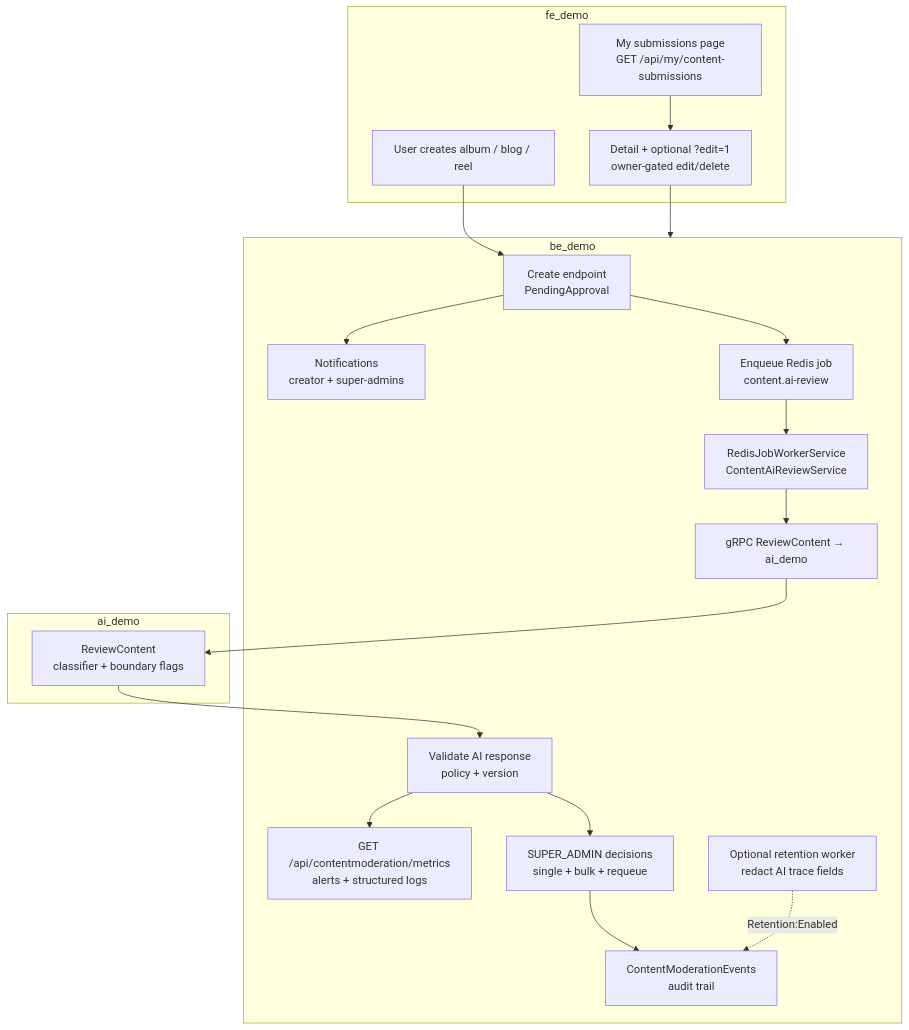
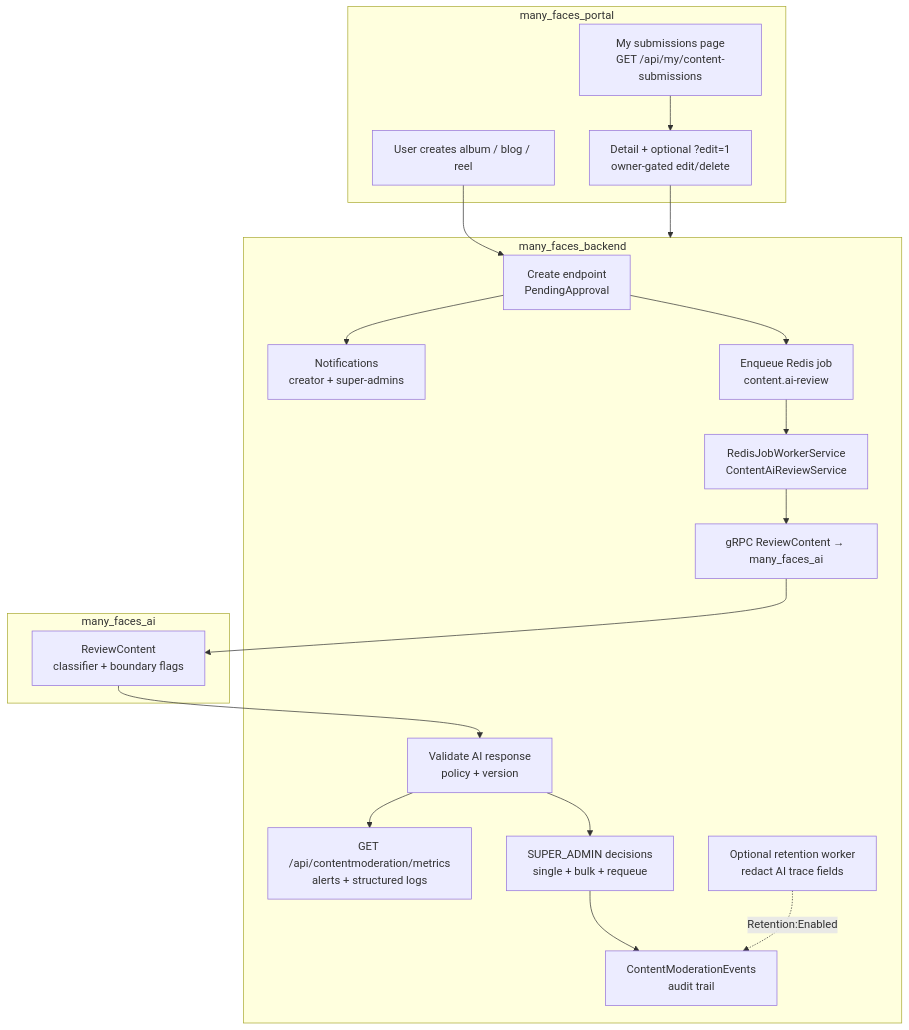
Before and after one commit to 01laky/mfai_demo: the diagram in docs/guides/ai-assisted-content-approval.md, drawn with Mermaid. The commit also changed other lines of this file and 56 other files, not shown here.

First line of the commit message:
chore: rename submodule directories to many_faces_* paths

````diff
--- a/docs/guides/ai-assisted-content-approval.md
+++ b/docs/guides/ai-assisted-content-approval.md
@@ -70,39 +70,39 @@
 ```mermaid
 flowchart TD
-    subgraph fe["fe_demo"]
+    subgraph fe["many_faces_portal"]
         U["User creates album / blog / reel"]
         MS["My submissions page<br/>GET /api/my/content-submissions"]
         D["Detail + optional ?edit=1<br/>owner-gated edit/delete"]
     end
 
-    subgraph be["be_demo"]
+    subgraph be["many_faces_backend"]
         C["Create endpoint<br/>PendingApproval"]
         N["Notifications<br/>creator + super-admins"]
         J["Enqueue Redis job<br/>content.ai-review"]
         W["RedisJobWorkerService<br/>ContentAiReviewService"]
-        G["gRPC ReviewContent → ai_demo"]
+        G["gRPC ReviewContent → many_faces_ai"]
         V["Validate AI response<br/>policy + version"]
         M["GET /api/contentmoderation/metrics<br/>alerts + structured logs"]
         A["SUPER_ADMIN decisions<br/>single + bulk + requeue"]
         E["ContentModerationEvents<br/>audit trail"]
         R["Optional retention worker<br/>redact AI trace fields"]
     end
 
-    subgraph ai["ai_demo"]
+    subgraph ai["many_faces_ai"]
         RC["ReviewContent<br/>classifier + boundary flags"]
     end
 
     U --> C
     C --> N
     C --> J
     J --> W
     W --> G
     G --> RC
     RC --> V
     V --> M
     V --> A
     A --> E
     MS --> D
     D --> be
     R -.->|"Retention:Enabled"| E
 ```
````
